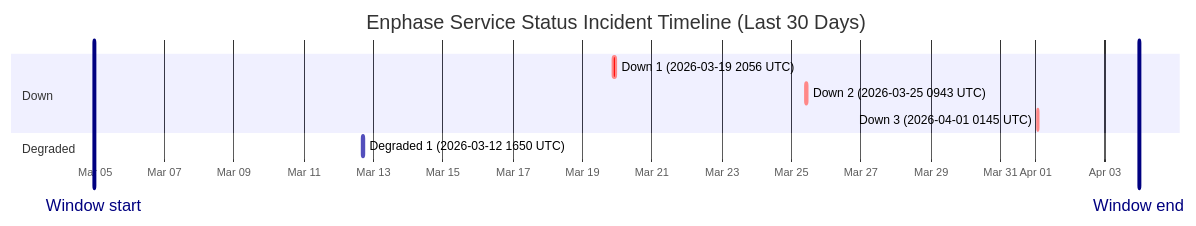
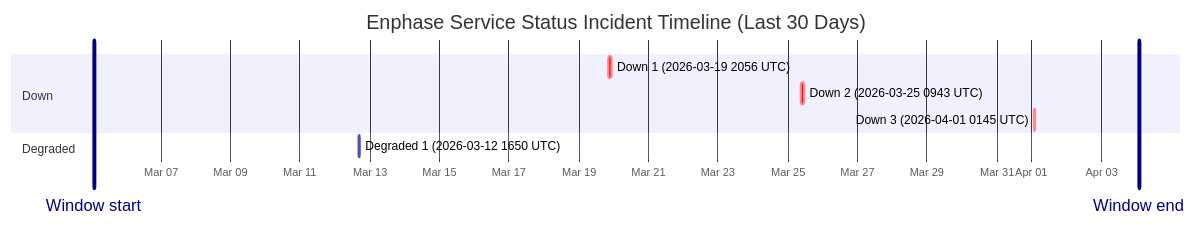
One commit to barneyonline/ha-enphase-ev-charger changed the diagram in wiki/Service-Status-History.md. Above: the diagram before and after it, drawn with Mermaid. The commit also changed other lines of this file and 3 other files, not shown here.

````diff
--- a/wiki/Service-Status-History.md
+++ b/wiki/Service-Status-History.md
@@ -14,14 +14,14 @@
 ```mermaid
 gantt
     title Enphase Service Status Incident Timeline (Last 30 Days)
     dateFormat  YYYY-MM-DDTHH:mm:ss
     axisFormat  %b %d
-    Window start :vert, window-start, 2026-03-04T23:33:35, 0ms
-    Window end :vert, window-end, 2026-04-03T23:33:35, 0ms
+    Window start :vert, window-start, 2026-03-05T02:05:12, 0ms
+    Window end :vert, window-end, 2026-04-04T02:05:12, 0ms
     section Down
     Down 1 (2026-03-19 2056 UTC) :crit, down-1, 2026-03-19T20:56:20, 145m
     Down 2 (2026-03-25 0943 UTC) :crit, down-2, 2026-03-25T09:43:28, 111m
     Down 3 (2026-04-01 0145 UTC) :crit, down-3, 2026-04-01T01:45:09, 60m
     section Degraded
     Degraded 1 (2026-03-12 1650 UTC) :active, degraded-1, 2026-03-12T16:50:43, 60m
 ```
````
